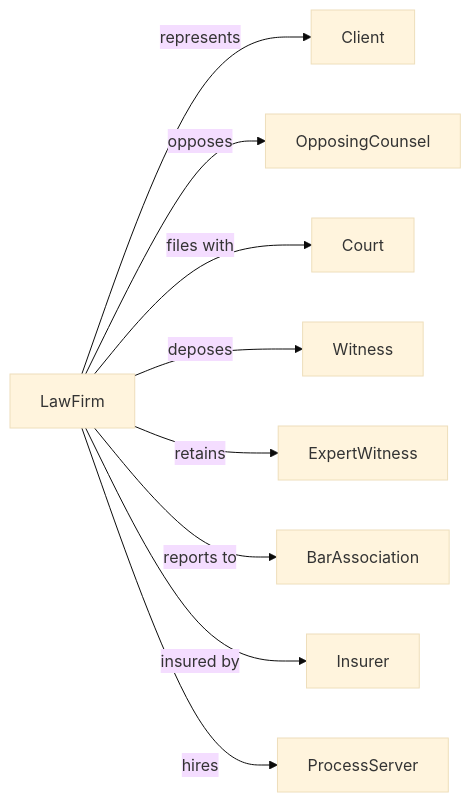
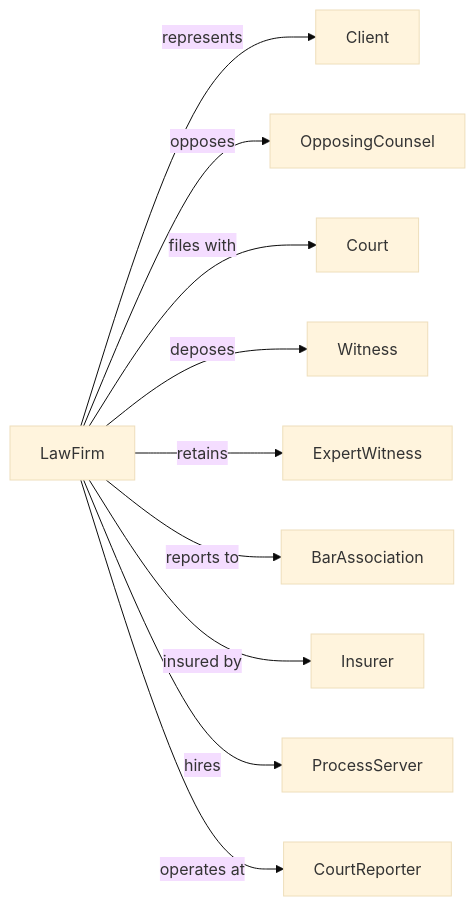
The second of 2 diagrams in Professional/Professional/LegalServices/OfficesOfLawyers.mdx (dot-org-ai/industries.org.ai), drawn with Mermaid (base theme) before and after one commit. The commit also changed other lines of this file and 588 other files, not shown here.

````diff
--- a/Professional/Professional/LegalServices/OfficesOfLawyers.mdx
+++ b/Professional/Professional/LegalServices/OfficesOfLawyers.mdx
@@ -134,13 +134,14 @@
 ```mermaid
 graph LR
     F[LawFirm]
 
     F -->|represents| Client
     F -->|opposes| OpposingCounsel
     F -->|files with| Court
     F -->|deposes| Witness
     F -->|retains| ExpertWitness
     F -->|reports to| BarAssociation
     F -->|insured by| Insurer
     F -->|hires| ProcessServer
+    F -->|operates at| CourtReporter
 ```
````
